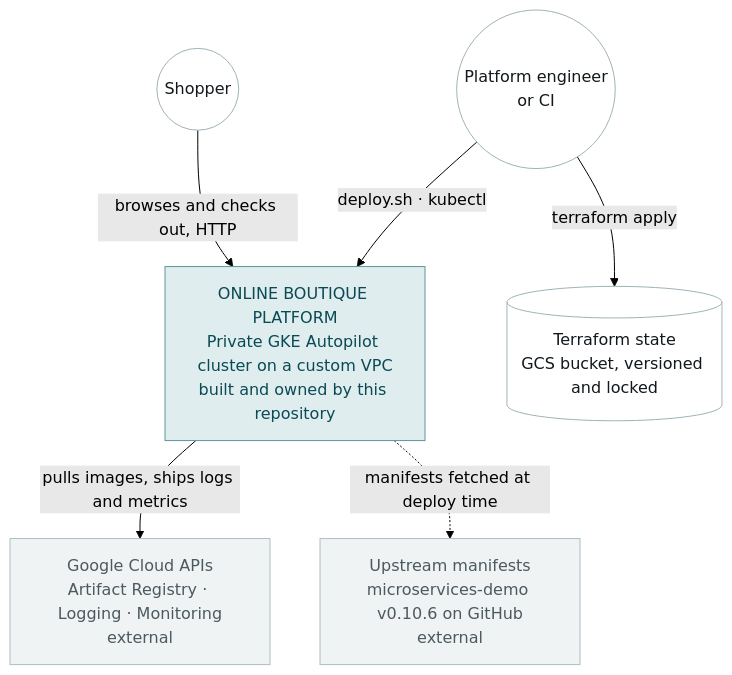
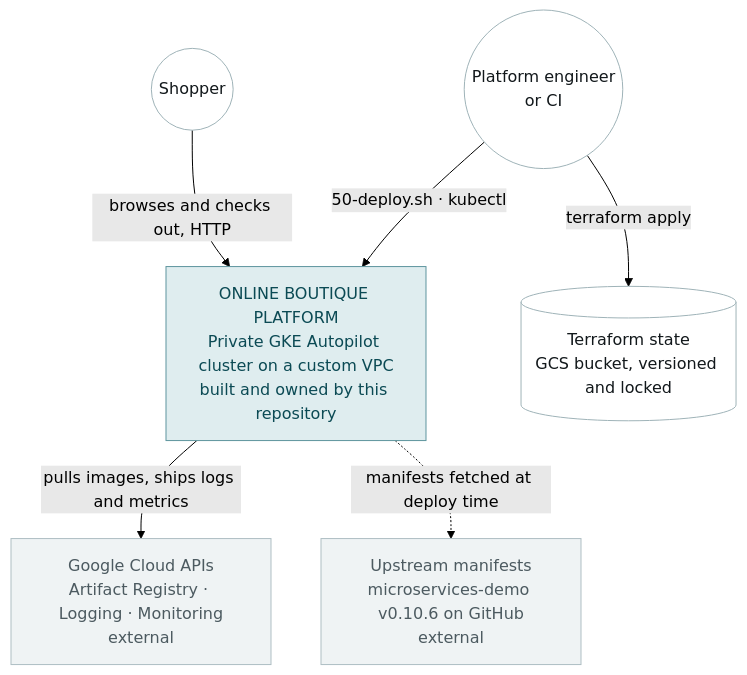
The first of 3 diagrams in docs/02-architecture.md (makeitstatic/gcp-deployment), drawn with Mermaid (forest theme) before and after one commit. The commit also changed other lines of this file and 10 other files, not shown here.

Commit message:
flow refactor

````diff
--- a/docs/02-architecture.md
+++ b/docs/02-architecture.md
@@ -18,24 +18,24 @@
 ```mermaid
 flowchart TB
     shopper(("Shopper"))
     eng(("Platform engineer<br/>or CI"))
 
     sys["ONLINE BOUTIQUE PLATFORM<br/>Private GKE Autopilot cluster on a custom VPC<br/>built and owned by this repository"]
 
     gapi["Google Cloud APIs<br/>Artifact Registry · Logging · Monitoring<br/>external"]
     upstream["Upstream manifests<br/>microservices-demo v0.10.6 on GitHub<br/>external"]
     state[("Terraform state<br/>GCS bucket, versioned and locked")]
 
     shopper -->|"browses and checks out, HTTP"| sys
     eng -->|"terraform apply"| state
-    eng -->|"deploy.sh · kubectl"| sys
+    eng -->|"50-deploy.sh · kubectl"| sys
     sys -->|"pulls images, ships logs and metrics"| gapi
     sys -.->|"manifests fetched at deploy time"| upstream
 
     classDef box fill:#FFFFFF,stroke:#9FB3B8,color:#12181B;
     classDef core fill:#DFEDEF,stroke:#5E959E,color:#0B4A54;
     classDef ext fill:#EFF3F4,stroke:#AEBEC3,color:#4C5A60;
     class shopper,eng,state box;
     class sys core;
     class gapi,upstream ext;
 ```
````
